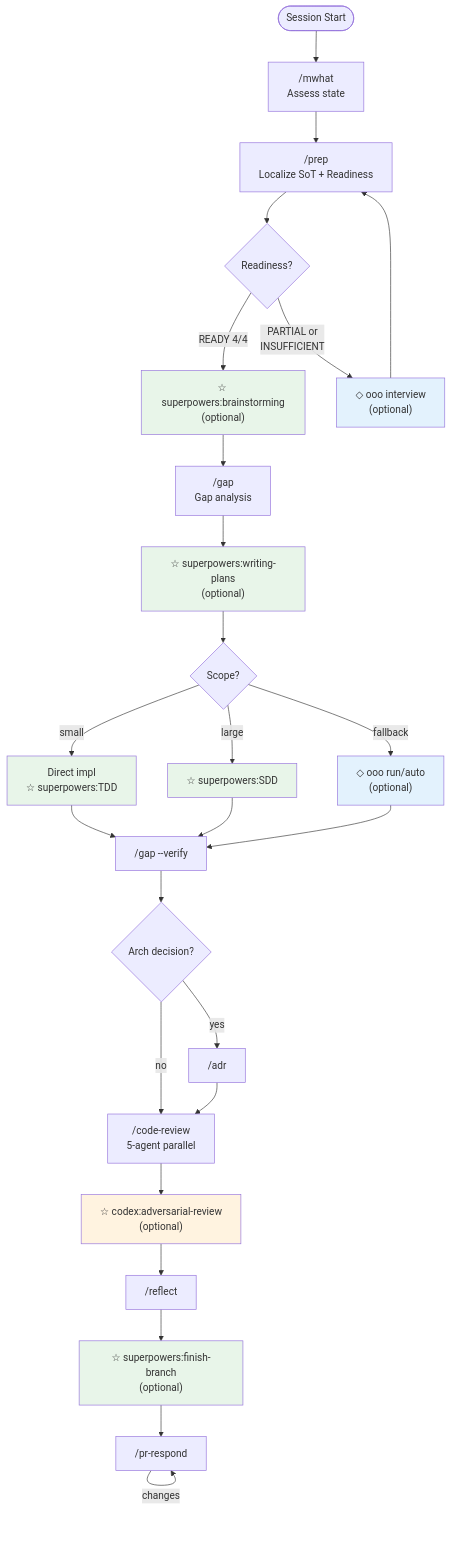
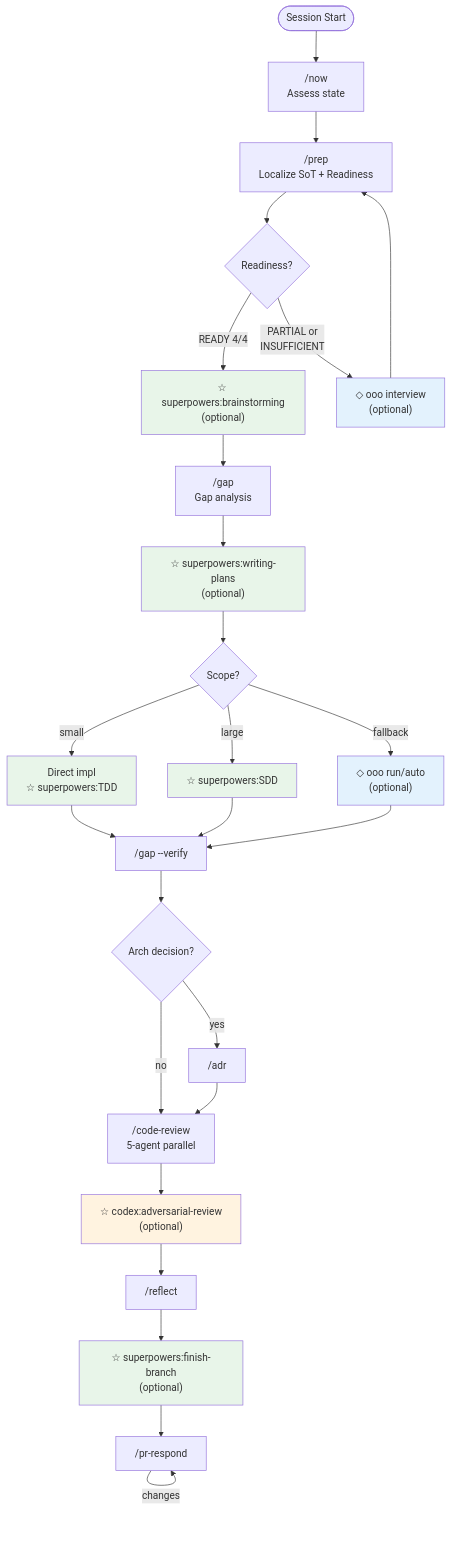
Before and after one commit to narashin/nara-kit: the first of 2 diagrams in README.md, drawn with Mermaid. The commit also changed other lines of this file and 8 other files, not shown here.

Commit message:
feat: add design-md skill, rename mwhat to now, integrate DESIGN.md into code-review

````diff
--- a/README.md
+++ b/README.md
@@ -78,36 +79,36 @@
 ```mermaid
 flowchart TD
-    START([Session Start]) --> MWHAT["/mwhat<br>Assess state"]
+    START([Session Start]) --> MWHAT["/now<br>Assess state"]
     MWHAT --> PREP["/prep<br>Localize SoT + Readiness"]
     PREP --> READY{Readiness?}
     READY -->|"READY 4/4"| BRAIN["☆ superpowers:brainstorming<br>(optional)"]
     READY -->|"PARTIAL or<br>INSUFFICIENT"| OOO_INT["◇ ooo interview<br>(optional)"]
     OOO_INT --> PREP
     BRAIN --> GAP["/gap<br>Gap analysis"]
     GAP --> PLAN["☆ superpowers:writing-plans<br>(optional)"]
     PLAN --> EXEC{Scope?}
     EXEC -->|small| DIRECT["Direct impl<br>☆ superpowers:TDD"]
     EXEC -->|large| SDD["☆ superpowers:SDD"]
     EXEC -->|fallback| OOO_RUN["◇ ooo run/auto<br>(optional)"]
     DIRECT --> VERIFY["/gap --verify"]
     SDD --> VERIFY
     OOO_RUN --> VERIFY
     VERIFY --> ADR_Q{Arch decision?}
     ADR_Q -->|yes| ADR["/adr"]
     ADR_Q -->|no| REVIEW
     ADR --> REVIEW["/code-review<br>5-agent parallel"]
     REVIEW --> CODEX["☆ codex:adversarial-review<br>(optional)"]
     CODEX --> REFLECT["/reflect"]
     REFLECT --> FINISH["☆ superpowers:finish-branch<br>(optional)"]
     FINISH --> PR_RESPOND["/pr-respond"]
     PR_RESPOND -->|changes| PR_RESPOND
 
     style BRAIN fill:#e8f5e9
     style PLAN fill:#e8f5e9
     style DIRECT fill:#e8f5e9
     style SDD fill:#e8f5e9
     style FINISH fill:#e8f5e9
     style CODEX fill:#fff3e0
     style OOO_INT fill:#e3f2fd
     style OOO_RUN fill:#e3f2fd
 ```
````
